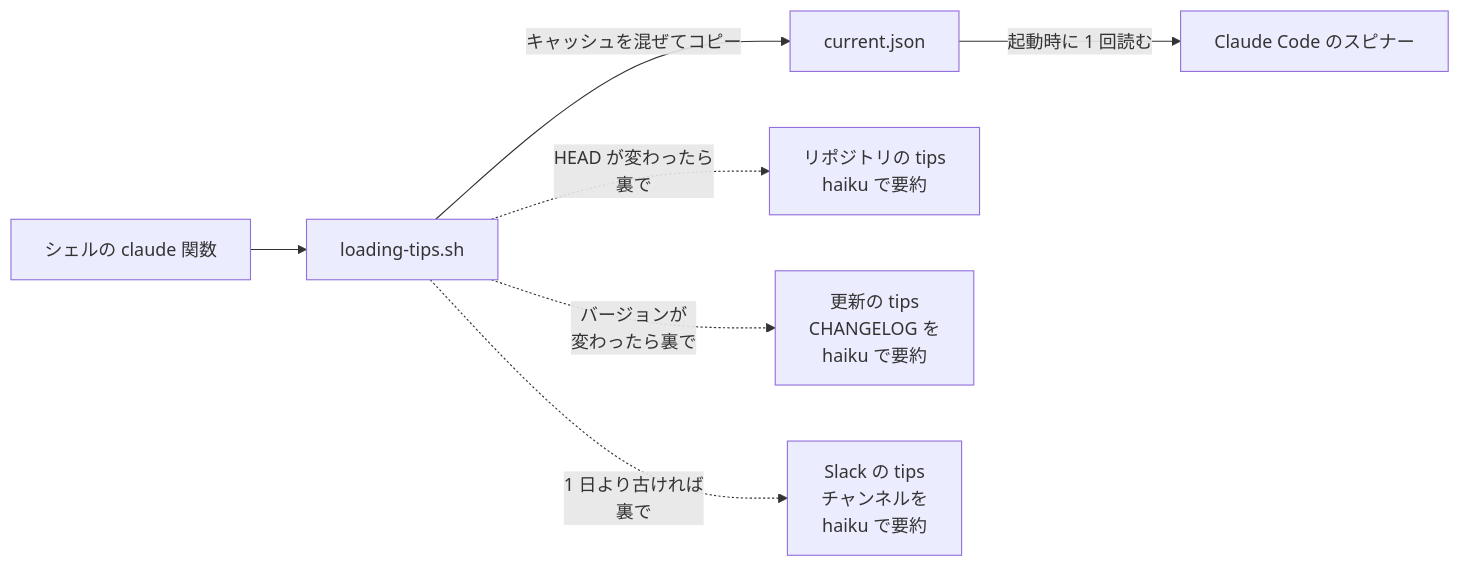
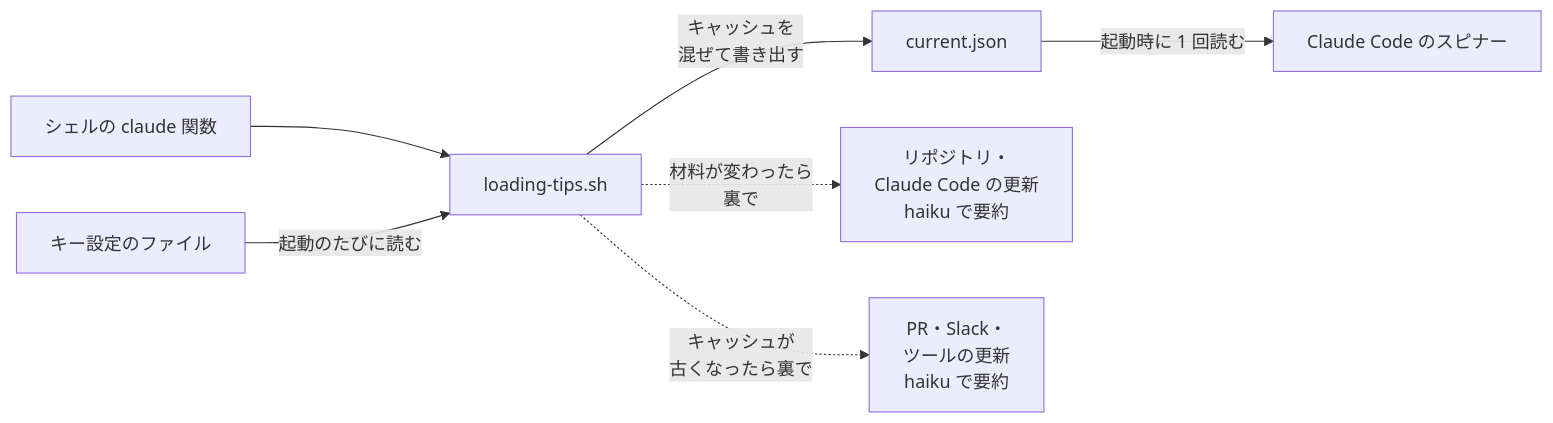
The diagram in src/content/blog/claude-code-spinner-tips.md (kimuchanman/kimuchanman.github.io), drawn with Mermaid before and after one commit. The commit also changed other lines of this file, not shown here.

First line of the commit message:
Update the spinner tips post to the current six sources

````diff
--- a/src/content/blog/claude-code-spinner-tips.md
+++ b/src/content/blog/claude-code-spinner-tips.md
@@ -25,9 +31,9 @@
 ```mermaid
 flowchart LR
   F["シェルの claude 関数"] --> S["loading-tips.sh"]
-  S -- "キャッシュを混ぜてコピー" --> C["current.json"]
+  K["キー設定のファイル"] -- "起動のたびに読む" --> S
+  S -- "キャッシュを<br/>混ぜて書き出す" --> C["current.json"]
   C -- "起動時に 1 回読む" --> CC["Claude Code のスピナー"]
-  S -. "HEAD が変わったら<br/>裏で" .-> R["リポジトリの tips<br/>haiku で要約"]
-  S -. "バージョンが<br/>変わったら裏で" .-> U["更新の tips<br/>CHANGELOG を<br/>haiku で要約"]
-  S -. "1 日より古ければ<br/>裏で" .-> K["Slack の tips<br/>チャンネルを<br/>haiku で要約"]
+  S -. "材料が変わったら<br/>裏で" .-> M["リポジトリ・<br/>Claude Code の更新<br/>haiku で要約"]
+  S -. "キャッシュが<br/>古くなったら裏で" .-> A["PR・Slack・<br/>ツールの更新<br/>haiku で要約"]
 ```
````
